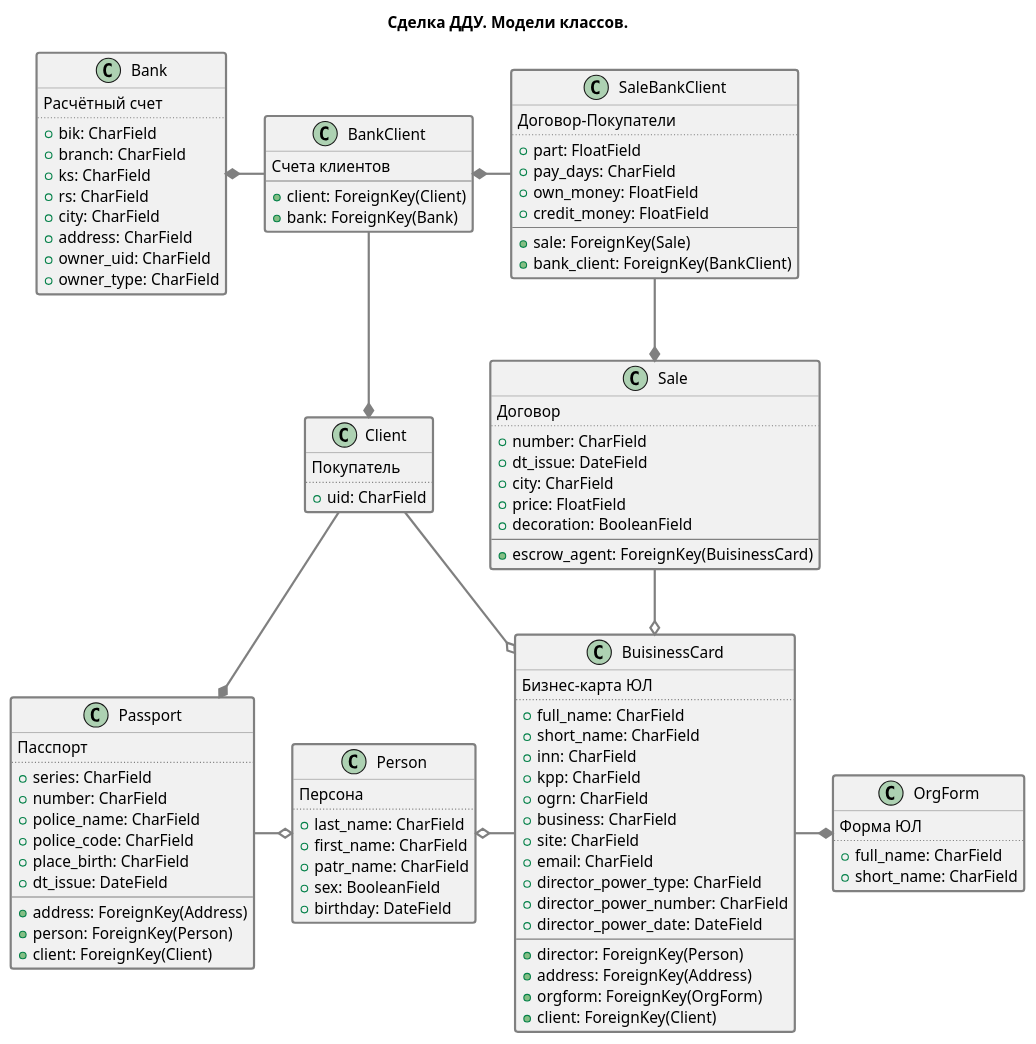
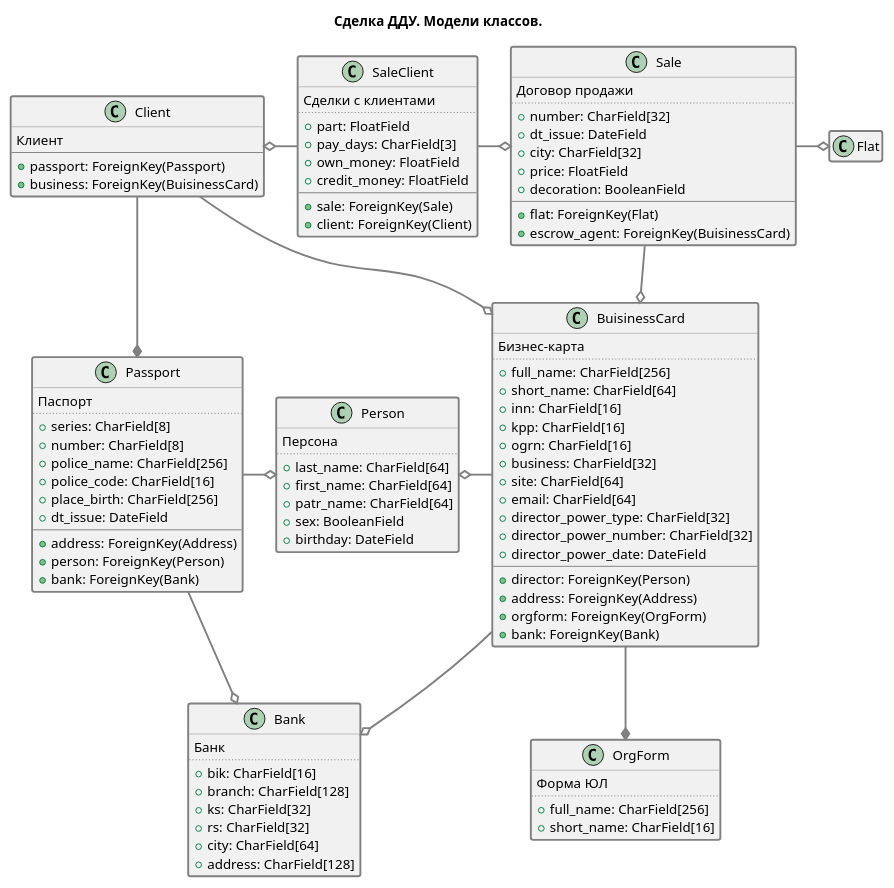
Before and after one commit to TOP-Python328/Grechishnyj_diploma: the diagram in doc/plantuml/sales.puml, drawn with PlantUML. The commit also changed other lines of this file and 23 other files, not shown here.

```diff
--- a/doc/plantuml/sales.puml
+++ b/doc/plantuml/sales.puml
@@ -1,125 +1,121 @@
 @startuml
 
 hide class empty members
 
+scale 1200*800
+
 title 
 	Сделка ДДУ. Модели классов. 
 end title
-  
 
-class Person ##[bold]grey{
+class OrgForm ##[bold]grey {
+    Форма ЮЛ
+    ..
+	+ full_name: CharField[256]
+    + short_name: CharField[16]
+}
+class Person ##[bold]grey {
 	Персона
 	..
-	+ last_name: CharField
-	+ first_name: CharField
-	+ patr_name: CharField
-	+ sex: BooleanField
-	+ birthday: DateField
+    + last_name: CharField[64]
+    + first_name: CharField[64]
+    + patr_name: CharField[64]
+    + sex: BooleanField
+    + birthday: DateField
 }
-
-class Client ##[bold]grey{
-	Покупатель
+class Bank ##[bold]grey {
+    Банк
 	..
-	+ uid: CharField
+    + bik: CharField[16]
+    + branch: CharField[128]
+    + ks: CharField[32]
+    + rs: CharField[32]
+    + city: CharField[64]
+    + address: CharField[128]
 }
-
-class Passport ##[bold]grey{
-	Пасспорт
+class Passport ##[bold]grey {
+    Паспорт
 	..
-	+ series: CharField
-	+ number: CharField
-	+ police_name: CharField
-	+ police_code: CharField
-	+ place_birth: CharField
-	+ dt_issue: DateField
+    + series: CharField[8]
+    + number: CharField[8]
+    + police_name: CharField[256]
+    + police_code: CharField[16]
+    + place_birth: CharField[256]
+    + dt_issue: DateField
 	--
-	+ address: ForeignKey(Address)
-	+ person: ForeignKey(Person)
-	+ client: ForeignKey(Client)
+    + address: ForeignKey(Address)
+    + person: ForeignKey(Person)
+    + bank: ForeignKey(Bank)
 }
-
-class OrgForm ##[bold]grey{
-	Форма ЮЛ
+class BuisinessCard ##[bold]grey {
+    Бизнес-карта
 	..
-	+ full_name: CharField
-	+ short_name: CharField
+    + full_name: CharField[256]
+    + short_name: CharField[64]
+    + inn: CharField[16]
+    + kpp: CharField[16]
+    + ogrn: CharField[16]
+    + business: CharField[32]
+    + site: CharField[64]
+    + email: CharField[64]
+    + director_power_type: CharField[32]
+    + director_power_number: CharField[32]
+    + director_power_date: DateField
+	--
+    + director: ForeignKey(Person)
+    + address: ForeignKey(Address)
+    + orgform: ForeignKey(OrgForm)
+    + bank: ForeignKey(Bank)
 }
-
-class BuisinessCard  ##[bold]grey{
-	Бизнес-карта ЮЛ
-	..
-	+ full_name: CharField
-	+ short_name: CharField
-	+ inn: CharField
-	+ kpp: CharField
-	+ ogrn: CharField
-	+ business: CharField
-	+ site: CharField
-	+ email: CharField
-	+ director_power_type: CharField
-	+ director_power_number: CharField
-	+ director_power_date: DateField
+class Client ##[bold]grey {
+    Клиент
 	--
-	+ director: ForeignKey(Person)
-	+ address: ForeignKey(Address)
-	+ orgform: ForeignKey(OrgForm)
-	+ client: ForeignKey(Client)
-}
-
-class Bank ##[bold]grey{
-	Расчётный счет
-	..
-	+ bik: CharField
-	+ branch: CharField
-	+ ks: CharField
-	+ rs: CharField
-	+ city: CharField
-	+ address: CharField
-	+ owner_uid: CharField
-	+ owner_type: CharField
-}
-
-class BankClient  ##[bold]grey{
-	Cчета клиентов
-	--
-	+ client: ForeignKey(Client)
-	+ bank: ForeignKey(Bank)
-}
-
-class Sale  ##[bold]grey{
-	Договор
-	..
-	+ number: CharField
-	+ dt_issue: DateField
-	+ city: CharField
-	+ price: FloatField
-	+ decoration: BooleanField
-	--
-	+ escrow_agent: ForeignKey(BuisinessCard)
-}
-
-class SaleBankClient  ##[bold]grey{
-	Договор-Покупатели
-	..
-	+ part: FloatField
-	+ pay_days: CharField
-	+ own_money: FloatField
-	+ credit_money: FloatField
-	--
-	+ sale: ForeignKey(Sale)
-	+ bank_client: ForeignKey(BankClient)
+    + passport: ForeignKey(Passport)
+    + business: ForeignKey(BuisinessCard)
 }
 
 
+class Sale ##[bold]grey{
+    Договор продажи
+	..
+    + number: CharField[32]
+    + dt_issue: DateField
+    + city: CharField[32]
+    + price: FloatField
+    + decoration: BooleanField
+	--
+    + flat: ForeignKey(Flat)
+    + escrow_agent: ForeignKey(BuisinessCard)
+}
 
-SaleBankClient  -[#grey,bold]d-* Sale
-SaleBankClient  -[#grey,bold]l-* BankClient
-BankClient      -[#grey,bold]d-* Client
-Client          -[#grey,bold]-o  BuisinessCard
-Client          -[#grey,bold]-*  Passport
-Person         o-[#grey,bold]l-  Passport
-Person         o-[#grey,bold]r-  BuisinessCard
-Bank           *-[#grey,bold]r-  BankClient
-BuisinessCard  o-[#grey,bold]u-  Sale
-BuisinessCard   -[#grey,bold]r-* OrgForm
+class SaleClient ##[bold]grey{
+    Сделки с клиентами
+	..
+    + part: FloatField
+    + pay_days: CharField[3]
+    + own_money: FloatField
+    + credit_money: FloatField
+	--
+    + sale: ForeignKey(Sale)
+    + client: ForeignKey(Client)
+}
+class Flat ##[bold]grey{}
+
+
+OrgForm    *-[#grey,bold]u- BuisinessCard
+Client      -[#grey,bold]-o  BuisinessCard
+Client      -[#grey,bold]-*  Passport
+
+Bank       o-[#grey,bold]u- BuisinessCard
+Bank       o-[#grey,bold]- Passport
+Person     o-[#grey,bold]r- BuisinessCard
+Person     o-[#grey,bold]l- Passport
+
+Sale        -[#grey,bold]r-o  Flat
+Sale        -[#grey,bold]-o  BuisinessCard
+
+SaleClient  -[#grey,bold]r-o Sale
+SaleClient  -[#grey,bold]l-o Client
+
+
 @enduml
```
